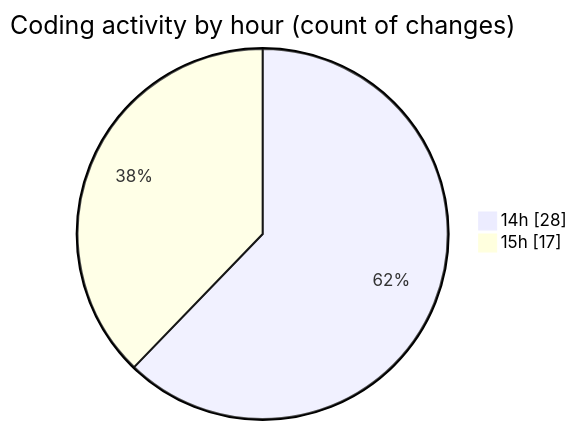
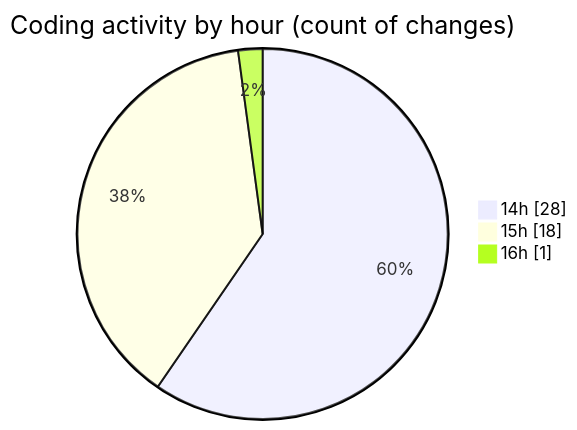
Before and after one commit to robertbonfada/code-tracking: the second of 2 diagrams in 2025-03-01/termonied_testador/README.md, drawn with Mermaid. The commit also changed other lines of this file and 1 other file, not shown here.

````diff
--- a/2025-03-01/termonied_testador/README.md
+++ b/2025-03-01/termonied_testador/README.md
@@ -37,6 +37,7 @@
 ```mermaid
 pie showData
 title Coding activity by hour (count of changes)
 "14h" : 28
-"15h" : 17
+"15h" : 18
+"16h" : 1
 ```
````
